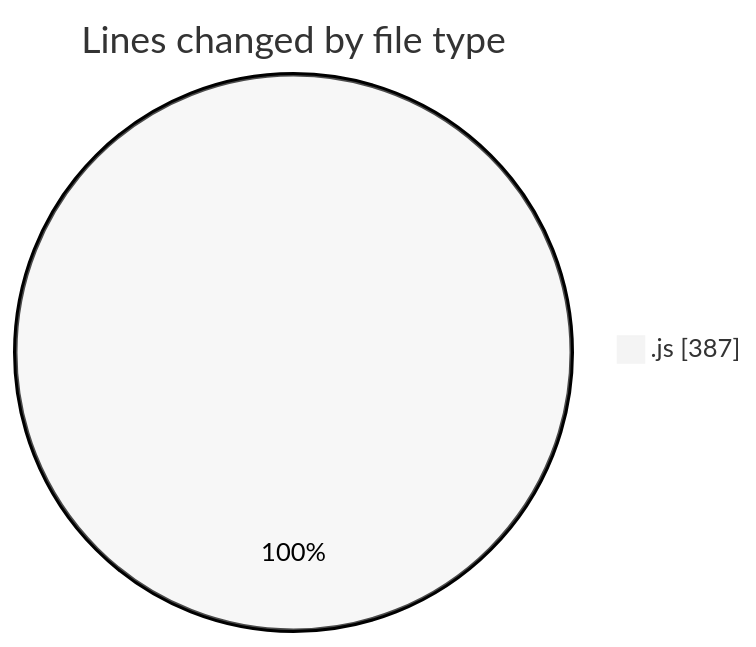
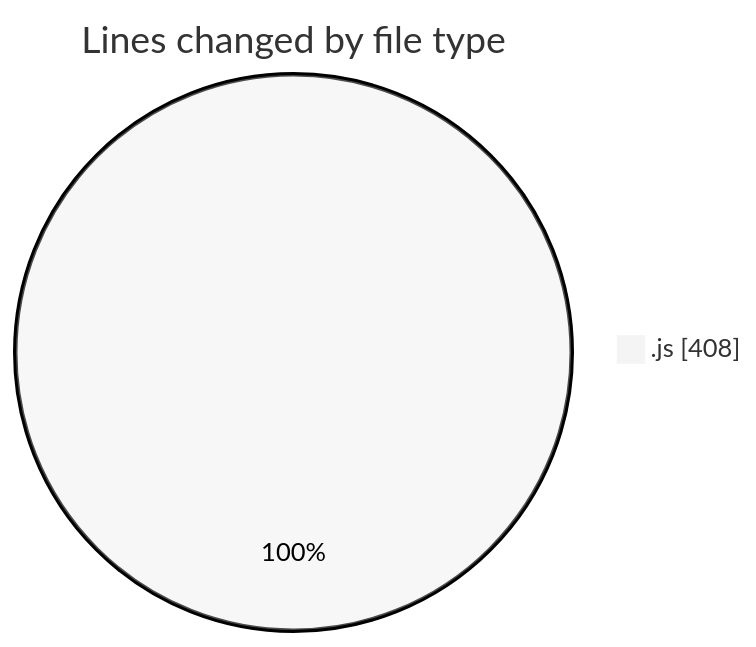
One commit to nxtqubesakshisongat/code-tracking changed the first of 2 diagrams in 2025-07-23/nxtqube_webapp/README.md. Above: the diagram before and after it, drawn with Mermaid (neutral theme). The commit also changed other lines of this file and 1 other file, not shown here.

````diff
--- a/2025-07-23/nxtqube_webapp/README.md
+++ b/2025-07-23/nxtqube_webapp/README.md
@@ -20,5 +20,5 @@
 ```mermaid
 pie showData
 title Lines changed by file type
-".js" : 387
+".js" : 408
 ```
````
